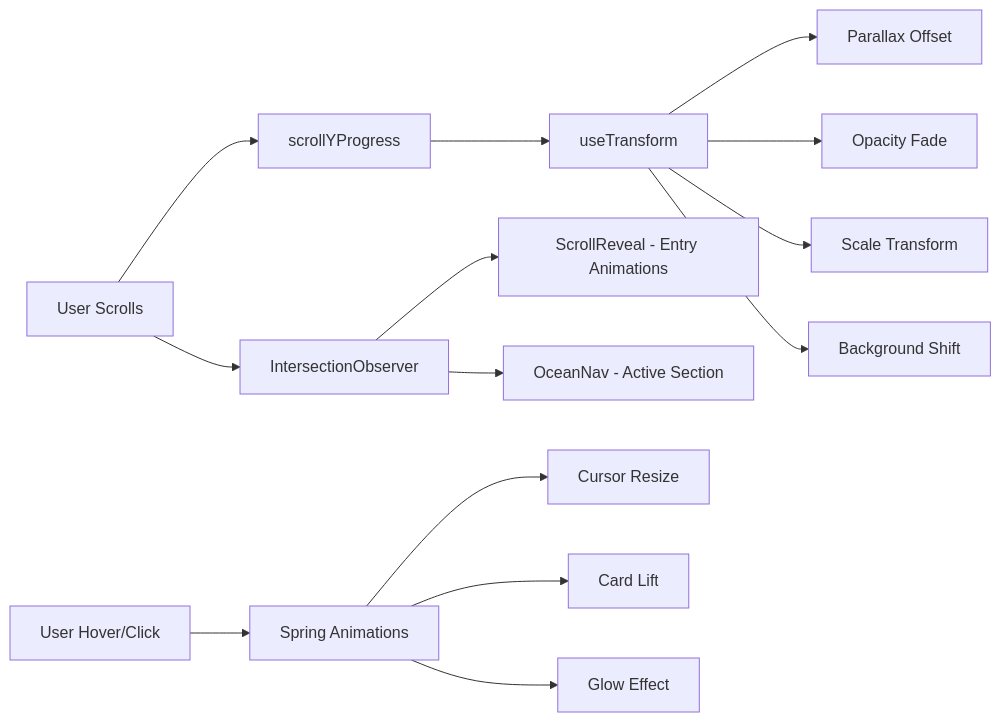
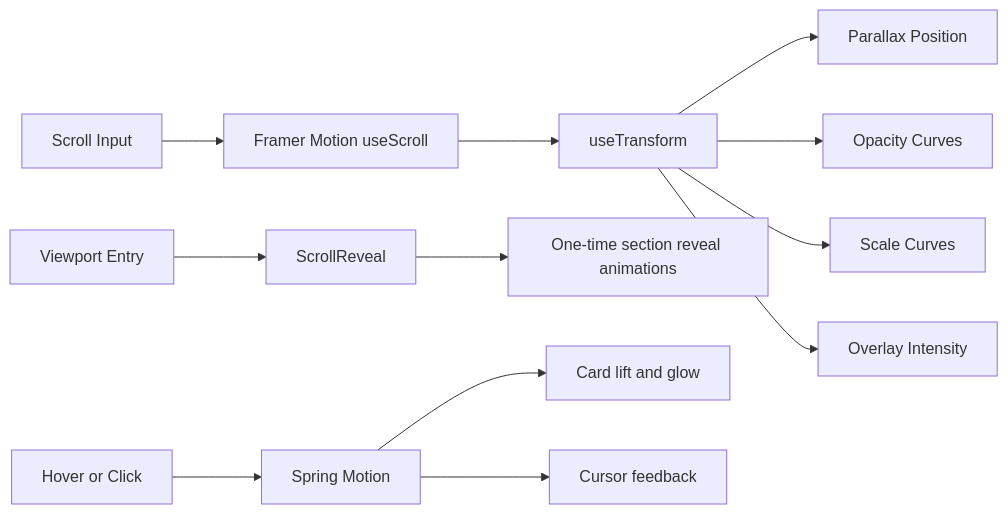
One commit to ramalokeshreddyp/Abyss-Atlas changed the third of 6 diagrams in architecture.md. Above: the diagram before and after it, drawn with Mermaid. The commit also changed other lines of this file and 21 other files, not shown here.

````diff
--- a/architecture.md
+++ b/architecture.md
@@ -36,18 +59,16 @@
 ```mermaid
 flowchart LR
-    A[User Scrolls] --> B[scrollYProgress]
+    A[Scroll Input] --> B[Framer Motion useScroll]
     B --> C[useTransform]
-    C --> D[Parallax Offset]
-    C --> E[Opacity Fade]
-    C --> F[Scale Transform]
-    C --> G[Background Shift]
-    
-    A --> H[IntersectionObserver]
-    H --> I[ScrollReveal - Entry Animations]
-    H --> J[OceanNav - Active Section]
-    
-    K[User Hover/Click] --> L[Spring Animations]
-    L --> M[Cursor Resize]
-    L --> N[Card Lift]
-    L --> O[Glow Effect]
+    C --> D[Parallax Position]
+    C --> E[Opacity Curves]
+    C --> F[Scale Curves]
+    C --> G[Overlay Intensity]
+
+    H[Viewport Entry] --> I[ScrollReveal]
+    I --> J[One-time section reveal animations]
+
+    K[Hover or Click] --> L[Spring Motion]
+    L --> M[Card lift and glow]
+    L --> N[Cursor feedback]
 ```
````
